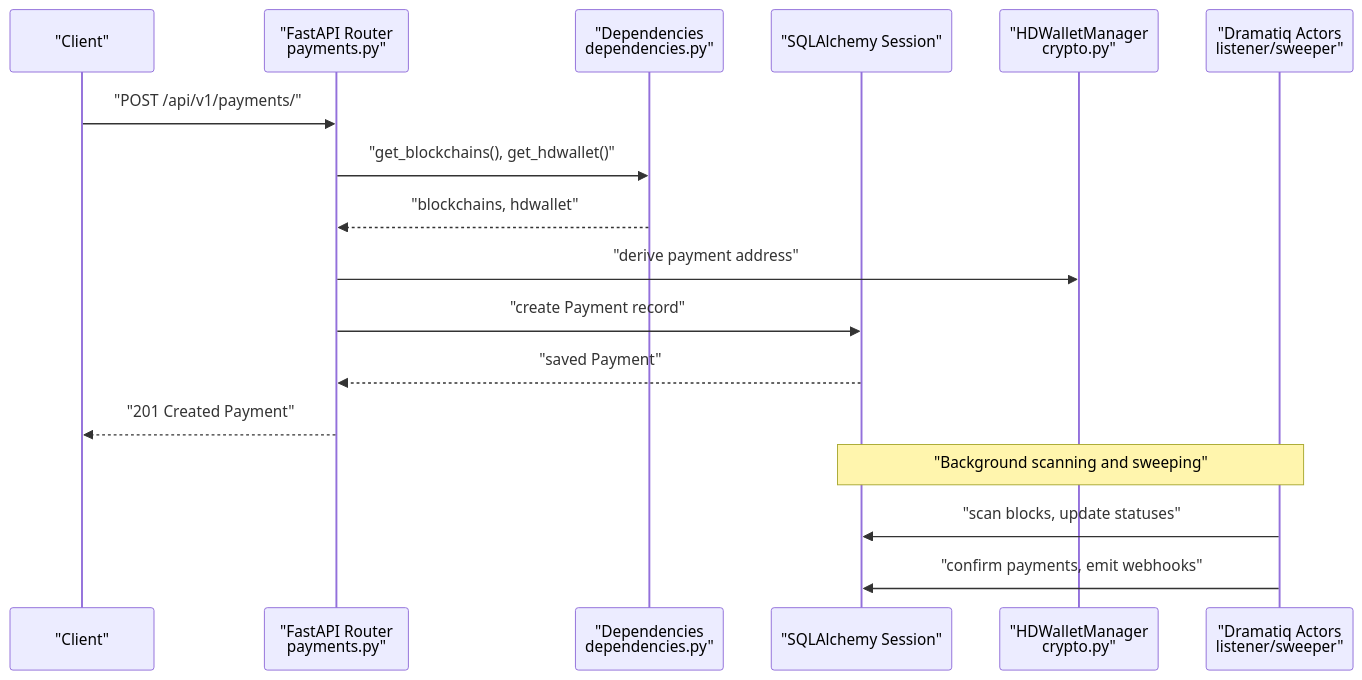
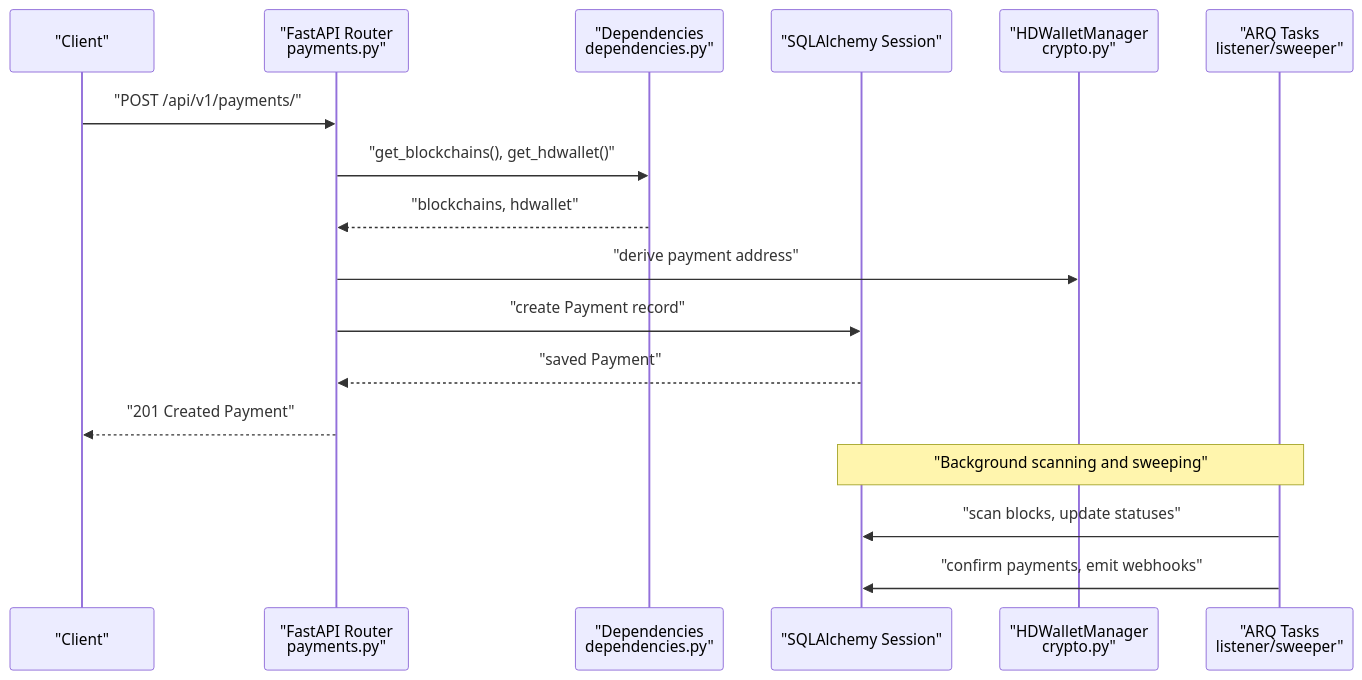
One commit to rakibhossain72/ctrip-docs changed the second of 9 diagrams in docs/advanced-topics/architectural-patterns-and-design-principles.md. Above: the diagram before and after it, drawn with Mermaid. The commit also changed other lines of this file and 25 other files, not shown here.

First line of the commit message:
docs: Update documentation to reflect ARQ task migration from Dramatiq

````diff
--- a/docs/advanced-topics/architectural-patterns-and-design-principles.md
+++ b/docs/advanced-topics/architectural-patterns-and-design-principles.md
@@ -162,19 +162,19 @@
 ```mermaid
 sequenceDiagram
 participant Client as "Client"
 participant API as "FastAPI Router<br/>payments.py"
 participant DI as "Dependencies<br/>dependencies.py"
 participant DB as "SQLAlchemy Session"
 participant HDW as "HDWalletManager<br/>crypto.py"
-participant BG as "Dramatiq Actors<br/>listener/sweeper"
+participant BG as "ARQ Tasks<br/>listener/sweeper"
 Client->>API : "POST /api/v1/payments/"
 API->>DI : "get_blockchains(), get_hdwallet()"
 DI-->>API : "blockchains, hdwallet"
 API->>HDW : "derive payment address"
 API->>DB : "create Payment record"
 DB-->>API : "saved Payment"
 API-->>Client : "201 Created Payment"
 Note over BG,DB : "Background scanning and sweeping"
 BG->>DB : "scan blocks, update statuses"
 BG->>DB : "confirm payments, emit webhooks"
 ```
````
